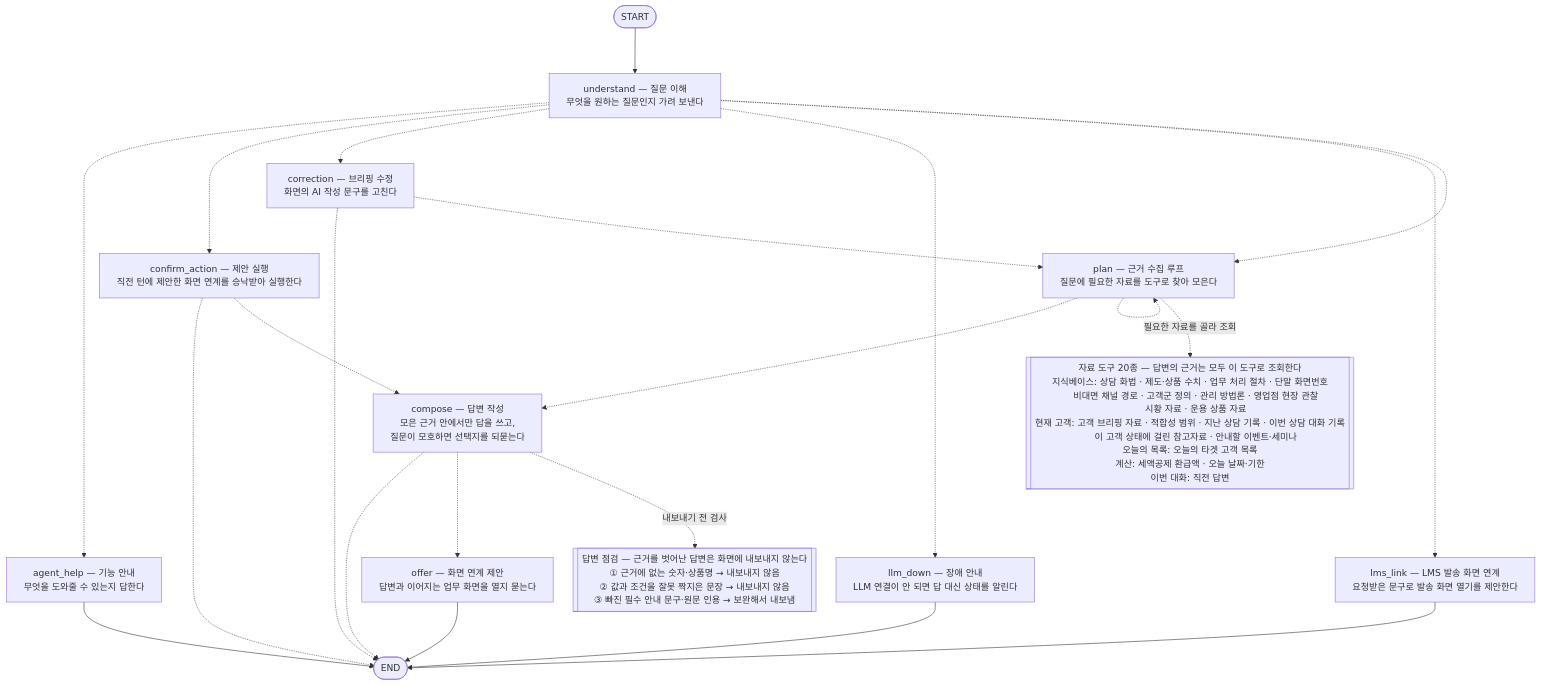
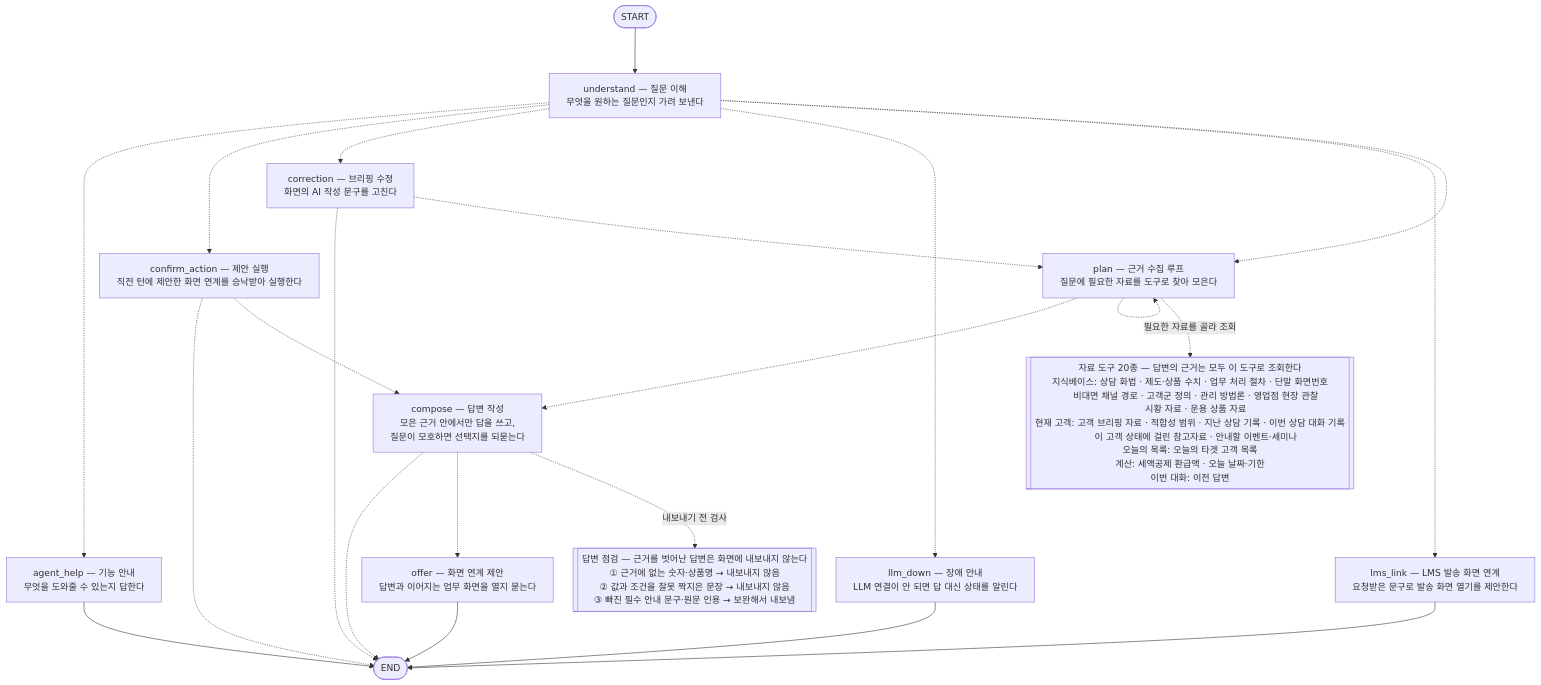
Before and after one commit to 09sunwoo-a/Pension_agent: the diagram in src/pension_agent/consult_agent/README.md, drawn with Mermaid. The commit also changed other lines of this file and 15 other files, not shown here.

````diff
--- a/src/pension_agent/consult_agent/README.md
+++ b/src/pension_agent/consult_agent/README.md
@@ -83,38 +83,38 @@
 ```mermaid
 %%{init: {"flowchart": {"wrappingWidth": 800, "nodeSpacing": 35, "rankSpacing": 80}}}%%
 flowchart TD
     __start__([START])
     understand["understand — 질문 이해<br/>무엇을 원하는 질문인지 가려 보낸다"]
     agent_help["agent_help — 기능 안내<br/>무엇을 도와줄 수 있는지 답한다"]
     plan["plan — 근거 수집 루프<br/>질문에 필요한 자료를 도구로 찾아 모은다"]
     compose["compose — 답변 작성<br/>모은 근거 안에서만 답을 쓰고,<br/>질문이 모호하면 선택지를 되묻는다"]
     lms_link["lms_link — LMS 발송 화면 연계<br/>요청받은 문구로 발송 화면 열기를 제안한다"]
     correction["correction — 브리핑 수정<br/>화면의 AI 작성 문구를 고친다"]
     llm_down["llm_down — 장애 안내<br/>LLM 연결이 안 되면 답 대신 상태를 알린다"]
     confirm_action["confirm_action — 제안 실행<br/>직전 턴에 제안한 화면 연계를 승낙받아 실행한다"]
     offer["offer — 화면 연계 제안<br/>답변과 이어지는 업무 화면을 열지 묻는다"]
     __end__([END])
     __start__ --> understand
     compose -.-> __end__
     compose -.-> offer
     confirm_action -.-> __end__
     confirm_action -.-> compose
     correction -.-> __end__
     correction -.-> plan
     plan -.-> compose
     plan -.-> plan
     understand -.-> agent_help
     understand -.-> confirm_action
     understand -.-> correction
     understand -.-> llm_down
     understand -.-> lms_link
     understand -.-> plan
     agent_help --> __end__
     llm_down --> __end__
     lms_link --> __end__
     offer --> __end__
-    tools[["자료 도구 20종 — 답변의 근거는 모두 이 도구로 조회한다<br/>지식베이스: 상담 화법 · 제도·상품 수치 · 업무 처리 절차 · 단말 화면번호<br/>&nbsp;&nbsp;&nbsp;&nbsp;비대면 채널 경로 · 고객군 정의 · 관리 방법론 · 영업점 현장 관찰<br/>&nbsp;&nbsp;&nbsp;&nbsp;시황 자료 · 운용 상품 자료<br/>현재 고객: 고객 브리핑 자료 · 적합성 범위 · 지난 상담 기록 · 이번 상담 대화 기록<br/>&nbsp;&nbsp;&nbsp;&nbsp;이 고객 상태에 걸린 참고자료 · 안내할 이벤트·세미나<br/>오늘의 목록: 오늘의 타겟 고객 목록<br/>계산: 세액공제 환급액 · 오늘 날짜·기한<br/>이번 대화: 직전 답변"]]
+    tools[["자료 도구 20종 — 답변의 근거는 모두 이 도구로 조회한다<br/>지식베이스: 상담 화법 · 제도·상품 수치 · 업무 처리 절차 · 단말 화면번호<br/>&nbsp;&nbsp;&nbsp;&nbsp;비대면 채널 경로 · 고객군 정의 · 관리 방법론 · 영업점 현장 관찰<br/>&nbsp;&nbsp;&nbsp;&nbsp;시황 자료 · 운용 상품 자료<br/>현재 고객: 고객 브리핑 자료 · 적합성 범위 · 지난 상담 기록 · 이번 상담 대화 기록<br/>&nbsp;&nbsp;&nbsp;&nbsp;이 고객 상태에 걸린 참고자료 · 안내할 이벤트·세미나<br/>오늘의 목록: 오늘의 타겟 고객 목록<br/>계산: 세액공제 환급액 · 오늘 날짜·기한<br/>이번 대화: 이전 답변"]]
     plan -. "필요한 자료를 골라 조회" .-> tools
     gates[["답변 점검 — 근거를 벗어난 답변은 화면에 내보내지 않는다<br/>① 근거에 없는 숫자·상품명 → 내보내지 않음<br/>② 값과 조건을 잘못 짝지은 문장 → 내보내지 않음<br/>③ 빠진 필수 안내 문구·원문 인용 → 보완해서 내보냄"]]
     compose -. "내보내기 전 검사" .-> gates
 ```
````
